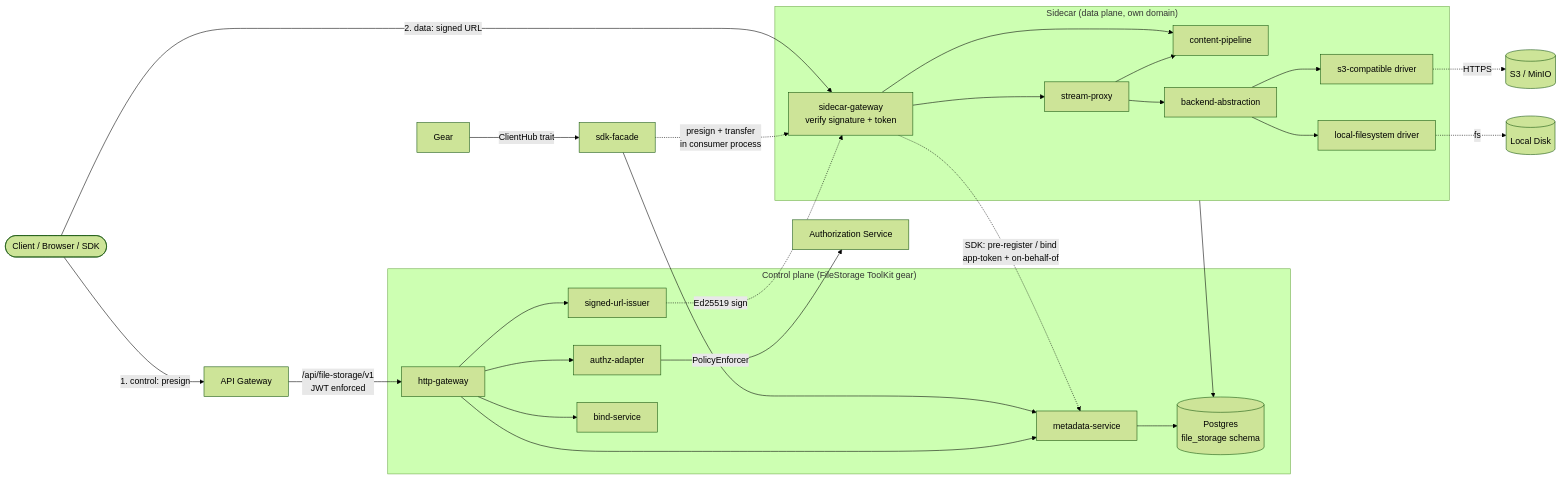
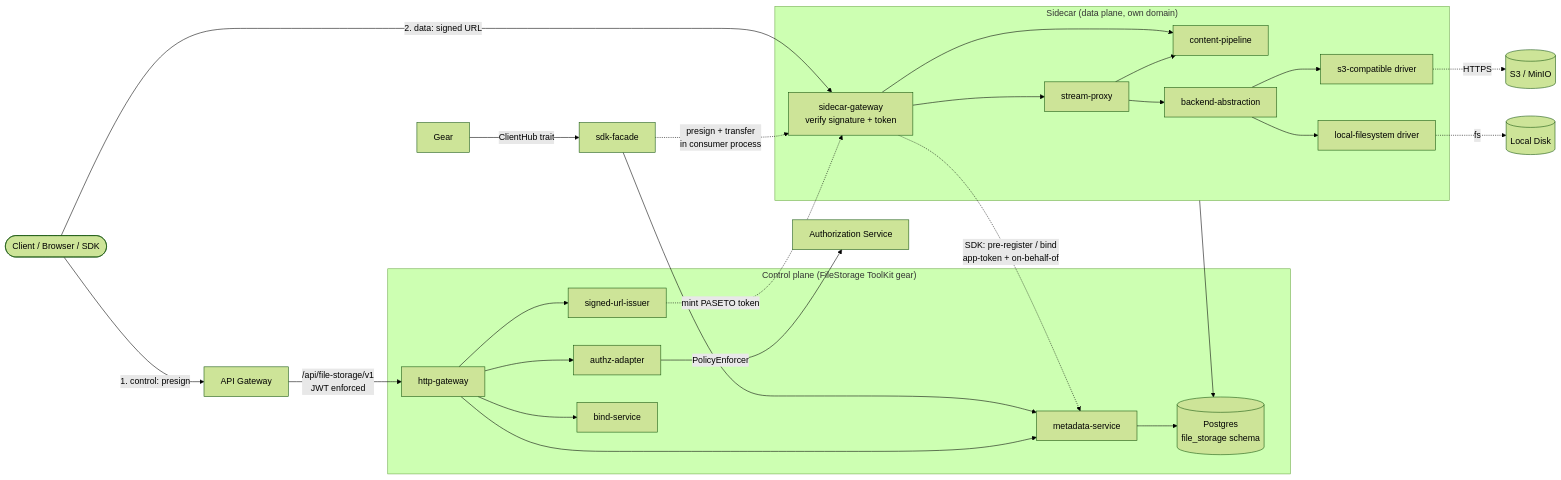
Before and after one commit to ffedoroff/cyberfabric-core: the first of 8 diagrams in gears/file-storage/docs/DESIGN.md, drawn with Mermaid (forest theme). The commit also changed other lines of this file and 3 other files, not shown here.

````diff
--- a/gears/file-storage/docs/DESIGN.md
+++ b/gears/file-storage/docs/DESIGN.md
@@ -145,35 +145,35 @@
 ```mermaid
 graph LR
     Client([Client / Browser / SDK]) -->|1. control: presign| AGW[API Gateway]
     AGW -->|/api/file-storage/v1<br/>JWT enforced| HGW
     Client -->|2. data: signed URL| SCGW
 
     Gear[Gear] -->|ClientHub trait| SDK[sdk-facade]
     SDK --> Meta
     SDK -.->|presign + transfer<br/>in consumer process| SCGW
 
     subgraph CP["Control plane (FileStorage ToolKit gear)"]
       HGW[http-gateway]
       HGW --> Meta[metadata-service]
       HGW --> AZ[authz-adapter]
       HGW --> SUI[signed-url-issuer]
       HGW --> BIND[bind-service]
       Meta --> DB[(Postgres<br/>file_storage schema)]
     end
 
     subgraph SC["Sidecar (data plane, own domain)"]
       SCGW[sidecar-gateway<br/>verify signature + token] --> Pipe[content-pipeline]
       SCGW --> Stream[stream-proxy]
       Stream --> Pipe
       Stream --> BA[backend-abstraction]
       BA --> S3D[s3-compatible driver]
       BA --> LFS[local-filesystem driver]
     end
 
     SCGW -.->|SDK: pre-register / bind<br/>app-token + on-behalf-of| Meta
-    SUI -.->|Ed25519 sign| SCGW
+    SUI -.->|mint PASETO token| SCGW
     AZ -->|PolicyEnforcer| AuthZ[Authorization Service]
     SC --> DB
     S3D -.->|HTTPS| S3[(S3 / MinIO)]
     LFS -.->|fs| Disk[(Local Disk)]
 ```
````
